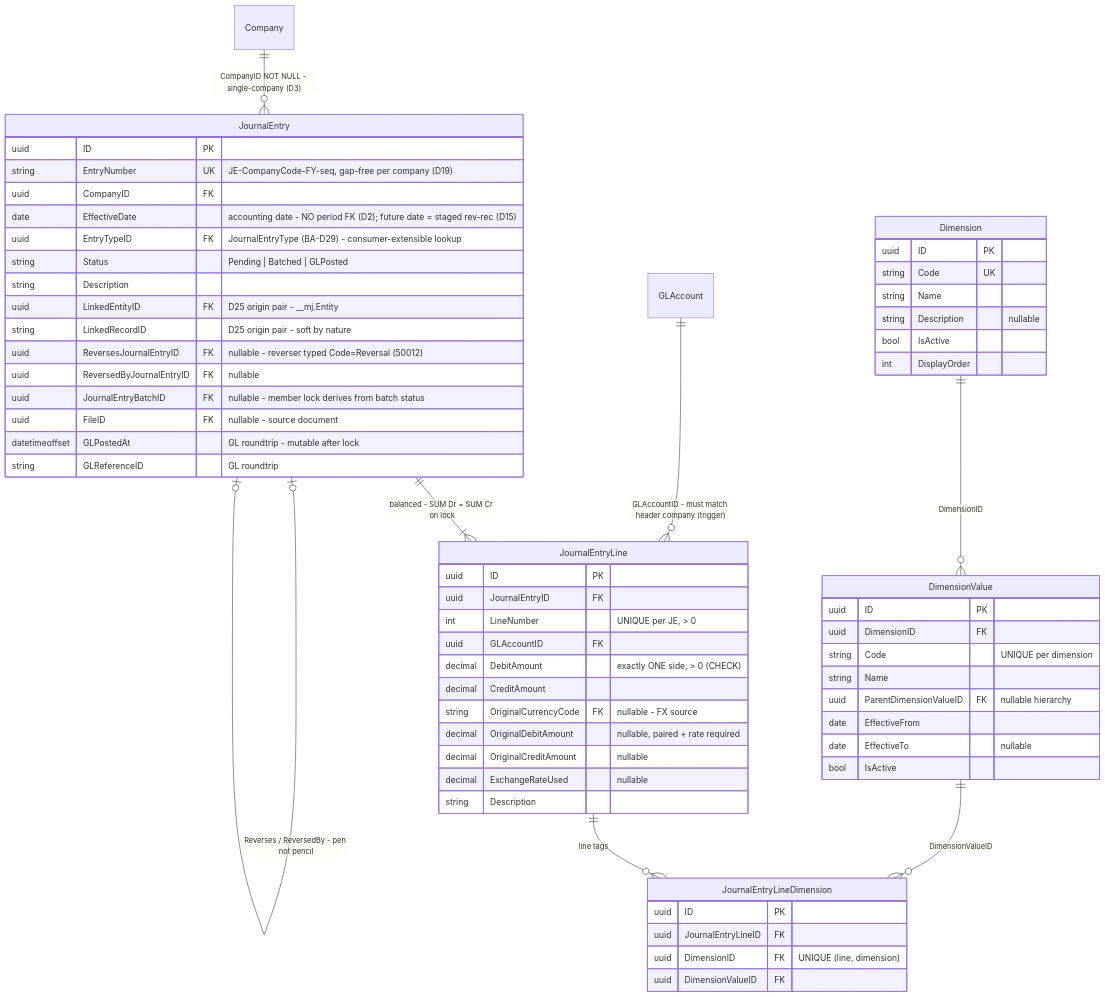
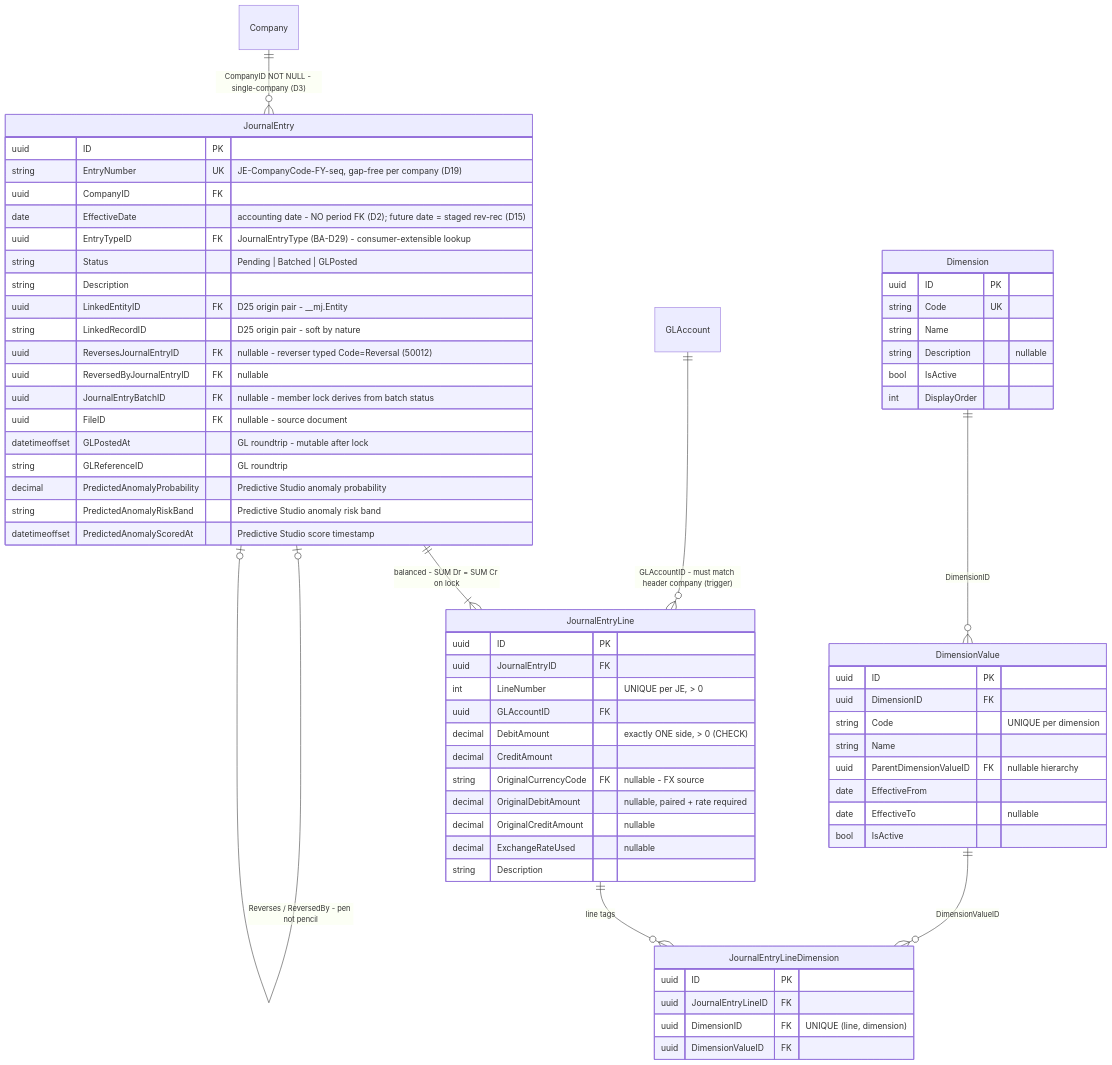
One commit to MemberJunction/bizapps-accounting changed the sixth of 13 diagrams in docs/bizapps-accounting-erd.md. Above: the diagram before and after it, drawn with Mermaid. The commit also changed other lines of this file and 3 other files, not shown here.

````diff
--- a/docs/bizapps-accounting-erd.md
+++ b/docs/bizapps-accounting-erd.md
@@ -614,65 +617,68 @@
 ```mermaid
 erDiagram
     Company ||--o{ JournalEntry : "CompanyID NOT NULL - single-company (D3)"
     JournalEntry ||--|{ JournalEntryLine : "balanced - SUM Dr = SUM Cr on lock"
     GLAccount ||--o{ JournalEntryLine : "GLAccountID - must match header company (trigger)"
     JournalEntry |o--o| JournalEntry : "Reverses / ReversedBy - pen not pencil"
     JournalEntryLine ||--o{ JournalEntryLineDimension : "line tags"
     Dimension ||--o{ DimensionValue : "DimensionID"
     DimensionValue ||--o{ JournalEntryLineDimension : "DimensionValueID"
 
     JournalEntry {
         uuid ID PK
         string EntryNumber UK "JE-CompanyCode-FY-seq, gap-free per company (D19)"
         uuid CompanyID FK
         date EffectiveDate "accounting date - NO period FK (D2); future date = staged rev-rec (D15)"
         uuid EntryTypeID FK "JournalEntryType (BA-D29) - consumer-extensible lookup"
         string Status "Pending | Batched | GLPosted"
         string Description
         uuid LinkedEntityID FK "D25 origin pair - __mj.Entity"
         string LinkedRecordID "D25 origin pair - soft by nature"
         uuid ReversesJournalEntryID FK "nullable - reverser typed Code=Reversal (50012)"
         uuid ReversedByJournalEntryID FK "nullable"
         uuid JournalEntryBatchID FK "nullable - member lock derives from batch status"
         uuid FileID FK "nullable - source document"
         datetimeoffset GLPostedAt "GL roundtrip - mutable after lock"
         string GLReferenceID "GL roundtrip"
+        decimal PredictedAnomalyProbability "Predictive Studio anomaly probability"
+        string PredictedAnomalyRiskBand "Predictive Studio anomaly risk band"
+        datetimeoffset PredictedAnomalyScoredAt "Predictive Studio score timestamp"
     }
     JournalEntryLine {
         uuid ID PK
         uuid JournalEntryID FK
         int LineNumber "UNIQUE per JE, > 0"
         uuid GLAccountID FK
         decimal DebitAmount "exactly ONE side, > 0 (CHECK)"
         decimal CreditAmount
         string OriginalCurrencyCode FK "nullable - FX source"
         decimal OriginalDebitAmount "nullable, paired + rate required"
         decimal OriginalCreditAmount "nullable"
         decimal ExchangeRateUsed "nullable"
         string Description
     }
     JournalEntryLineDimension {
         uuid ID PK
         uuid JournalEntryLineID FK
         uuid DimensionID FK "UNIQUE (line, dimension)"
         uuid DimensionValueID FK
     }
     Dimension {
         uuid ID PK
         string Code UK
         string Name
         string Description "nullable"
         bool IsActive
         int DisplayOrder
     }
     DimensionValue {
         uuid ID PK
         uuid DimensionID FK
         string Code "UNIQUE per dimension"
         string Name
         uuid ParentDimensionValueID FK "nullable hierarchy"
         date EffectiveFrom
         date EffectiveTo "nullable"
         bool IsActive
     }
 ```
````
